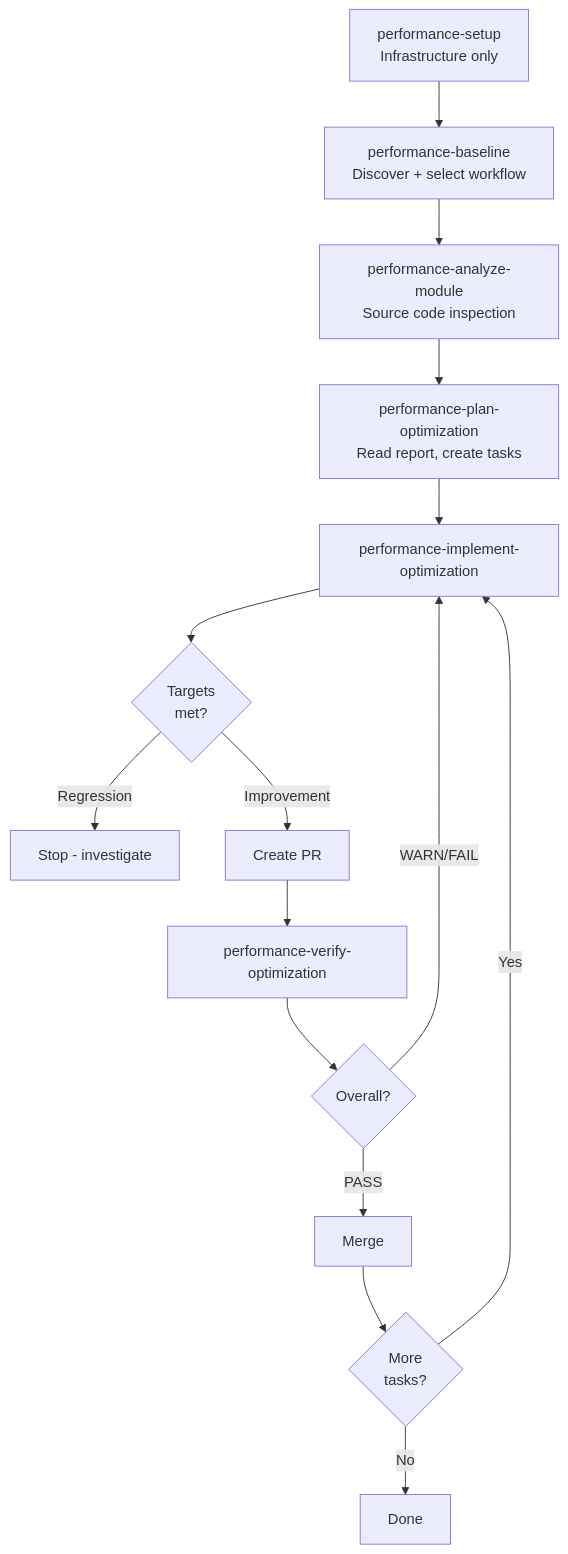
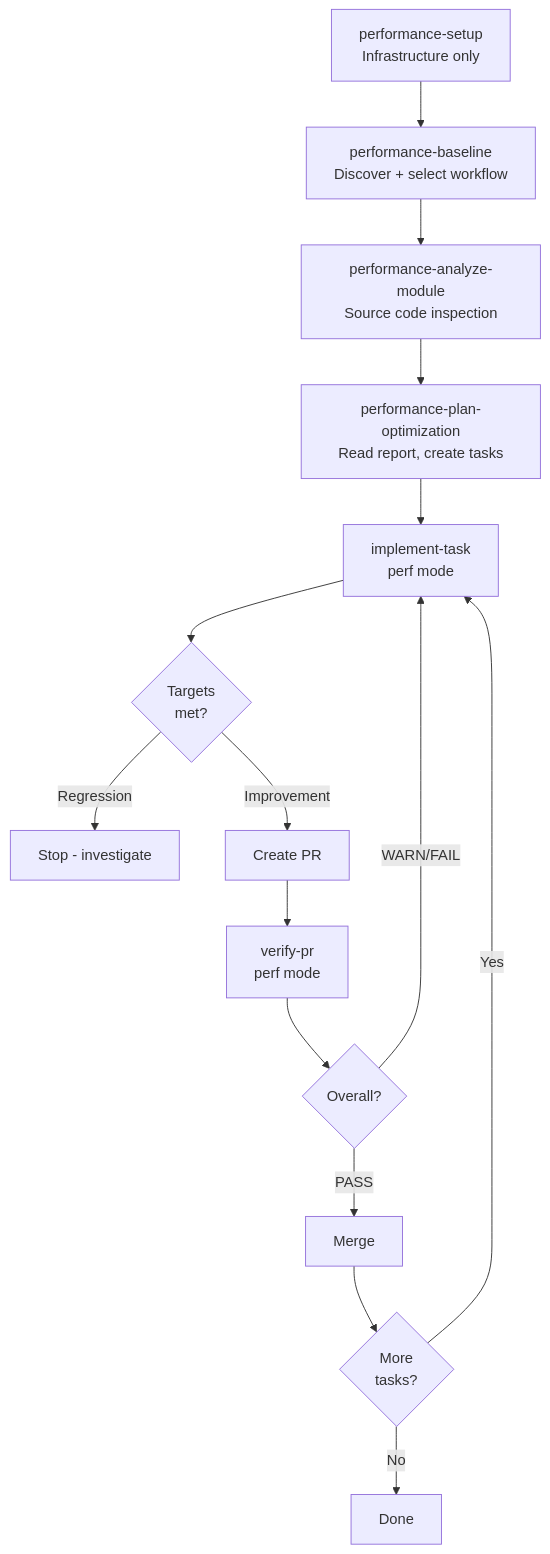
One commit to RHEcosystemAppEng/sdlc-plugins changed the diagram in docs/performance-workflow-guide.md. Above: the diagram before and after it, drawn with Mermaid. The commit also changed other lines of this file and 25 other files, not shown here.

````diff
--- a/docs/performance-workflow-guide.md
+++ b/docs/performance-workflow-guide.md
@@ -55,17 +55,17 @@
 ```mermaid
 graph TD
     A[performance-setup<br/>Infrastructure only] --> B[performance-baseline<br/>Discover + select workflow]
     B --> C[performance-analyze-module<br/>Source code inspection]
     C --> D[performance-plan-optimization<br/>Read report, create tasks]
-    D --> E[performance-implement-optimization]
+    D --> E[implement-task<br/>perf mode]
     E --> F{Targets<br/>met?}
     F -->|Regression| G[Stop - investigate]
     F -->|Improvement| H[Create PR]
-    H --> I[performance-verify-optimization]
+    H --> I[verify-pr<br/>perf mode]
     I --> J{Overall?}
     J -->|PASS| K[Merge]
     J -->|WARN/FAIL| E
     K --> L{More<br/>tasks?}
     L -->|Yes| E
     L -->|No| M[Done]
 ```
````
